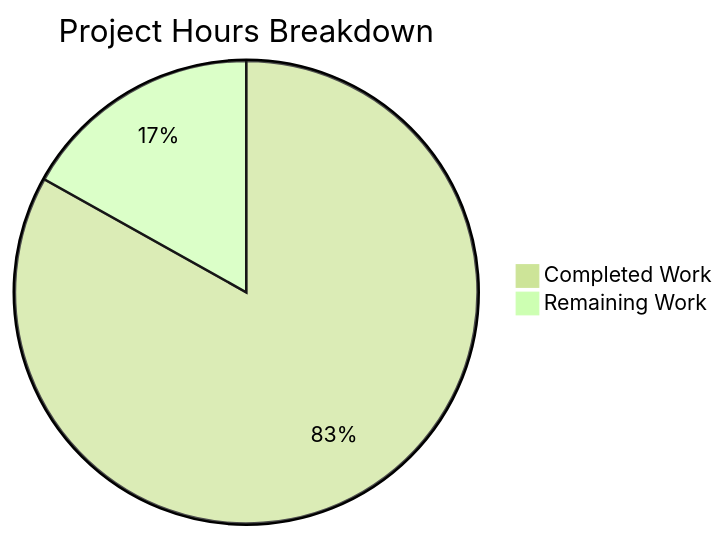
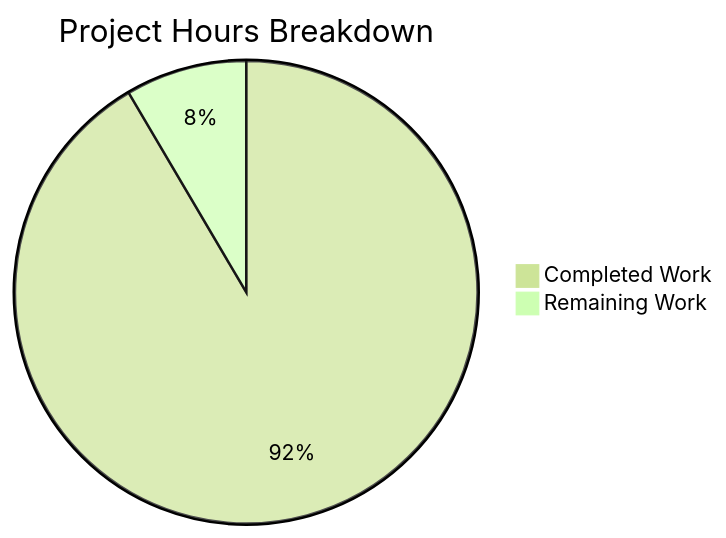
One commit to lakshya-blitzy/hello_world_Oct_2025 changed the diagram in blitzy/documentation/Project Guide.md. Above: the diagram before and after it, drawn with Mermaid (forest theme). The commit also changed other lines of this file, not shown here.

Commit message:
Adding Blitzy Project Guide: Project Status and Human Tasks Remaining

````diff
--- a/blitzy/documentation/Project Guide.md
+++ b/blitzy/documentation/Project Guide.md
@@ -83,5 +78,5 @@
 ```mermaid
 pie title Project Hours Breakdown
-    "Completed Work" : 32
-    "Remaining Work" : 6.5
+    "Completed Work" : 27
+    "Remaining Work" : 2.5
 ```
````
